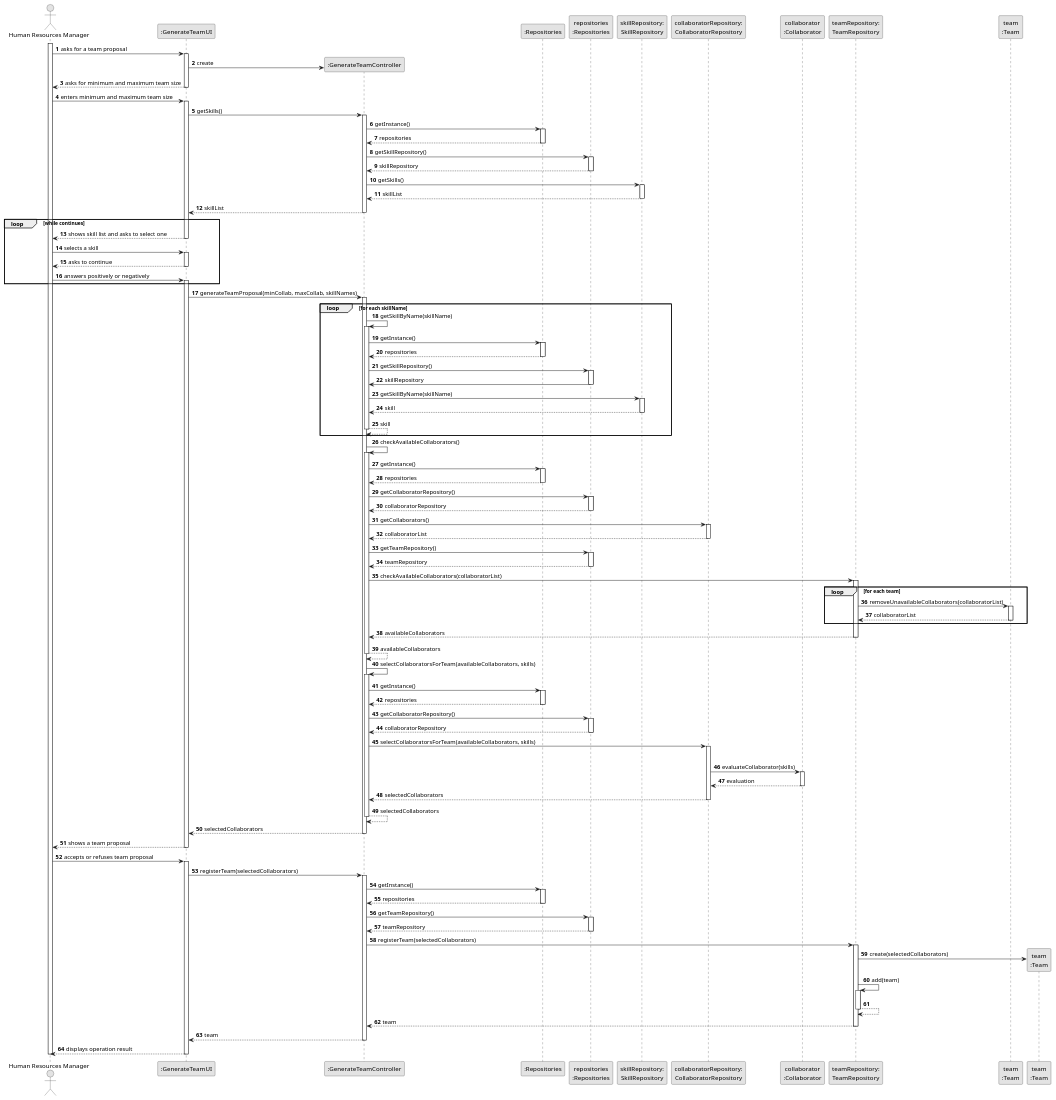
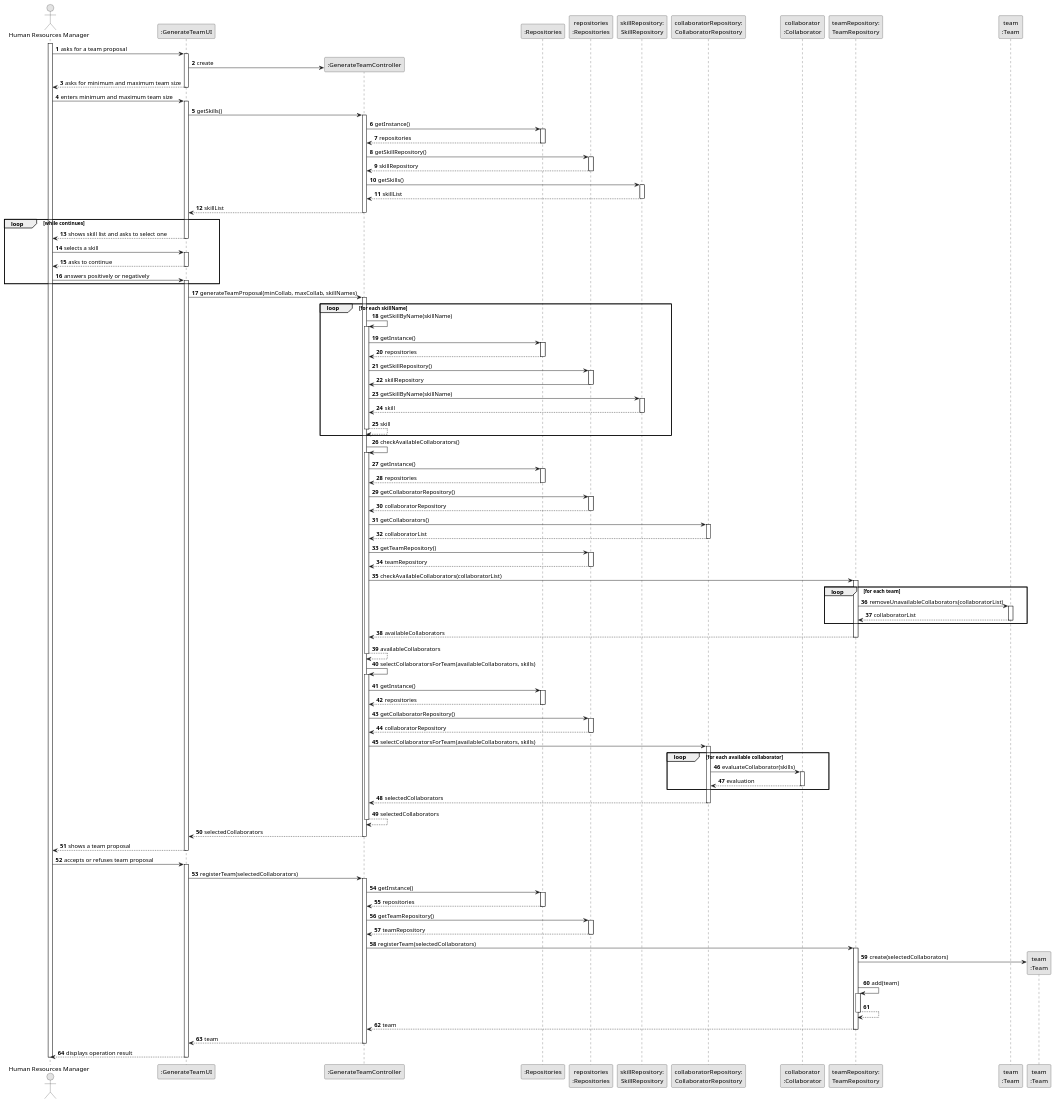
The diagram in docs/sprintB/us005/03.design/puml/us005-sequence-diagram-full.puml (Departamento-de-Engenharia-Informatica/lei-24-s2-1dm-g132), drawn with PlantUML before and after one commit. The commit also changed 14 other files, not shown here.

Commit message:
US005 all sequence diagrams creation

```diff
--- a/docs/sprintB/us005/03.design/puml/us005-sequence-diagram-full.puml
+++ b/docs/sprintB/us005/03.design/puml/us005-sequence-diagram-full.puml
@@ -178,6 +178,8 @@
                         Collab --> CollaboratorRepository : evaluation
                     deactivate Collab
 
+                    end loop
+
                     CollaboratorRepository --> CTRL : selectedCollaborators
                 deactivate CollaboratorRepository
 
```
